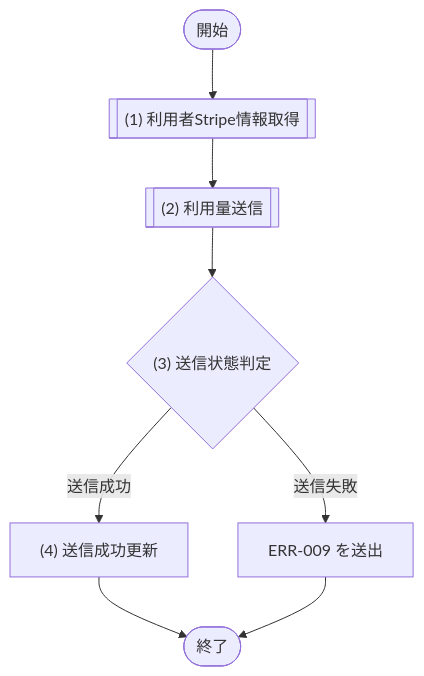
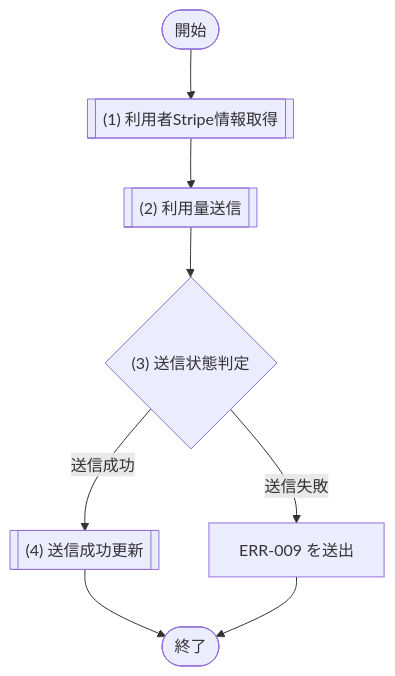
Before and after one commit to sikakou54/system-document-template: the sixth of 6 diagrams in docs/03_機能設計/05_モジュール設計/MOD-007_課金サービス.md, drawn with Mermaid. The commit also changed other lines of this file and 43 other files, not shown here.

````diff
--- a/docs/03_機能設計/05_モジュール設計/MOD-007_課金サービス.md
+++ b/docs/03_機能設計/05_モジュール設計/MOD-007_課金サービス.md
@@ -785,14 +803,14 @@
 ```mermaid
 flowchart TD
   Start([開始])
   P1[["(1) 利用者Stripe情報取得"]]
   P2[["(2) 利用量送信"]]
   D1{"(3) 送信状態判定"}
-  P3["(4) 送信成功更新"]
+  P3[["(4) 送信成功更新"]]
   E1["ERR-009 を送出"]
   End([終了])
 
   Start --> P1 --> P2 --> D1
   D1 -- "送信成功" --> P3 --> End
   D1 -- "送信失敗" --> E1 --> End
 ```
````
